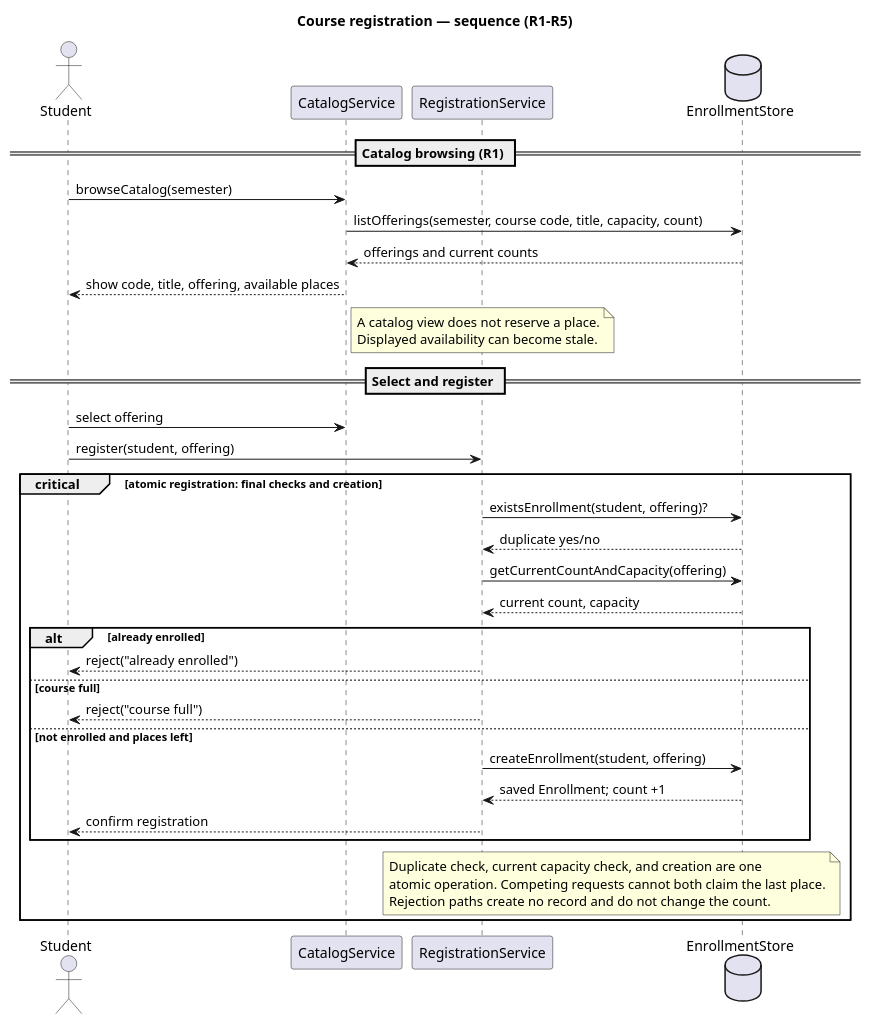
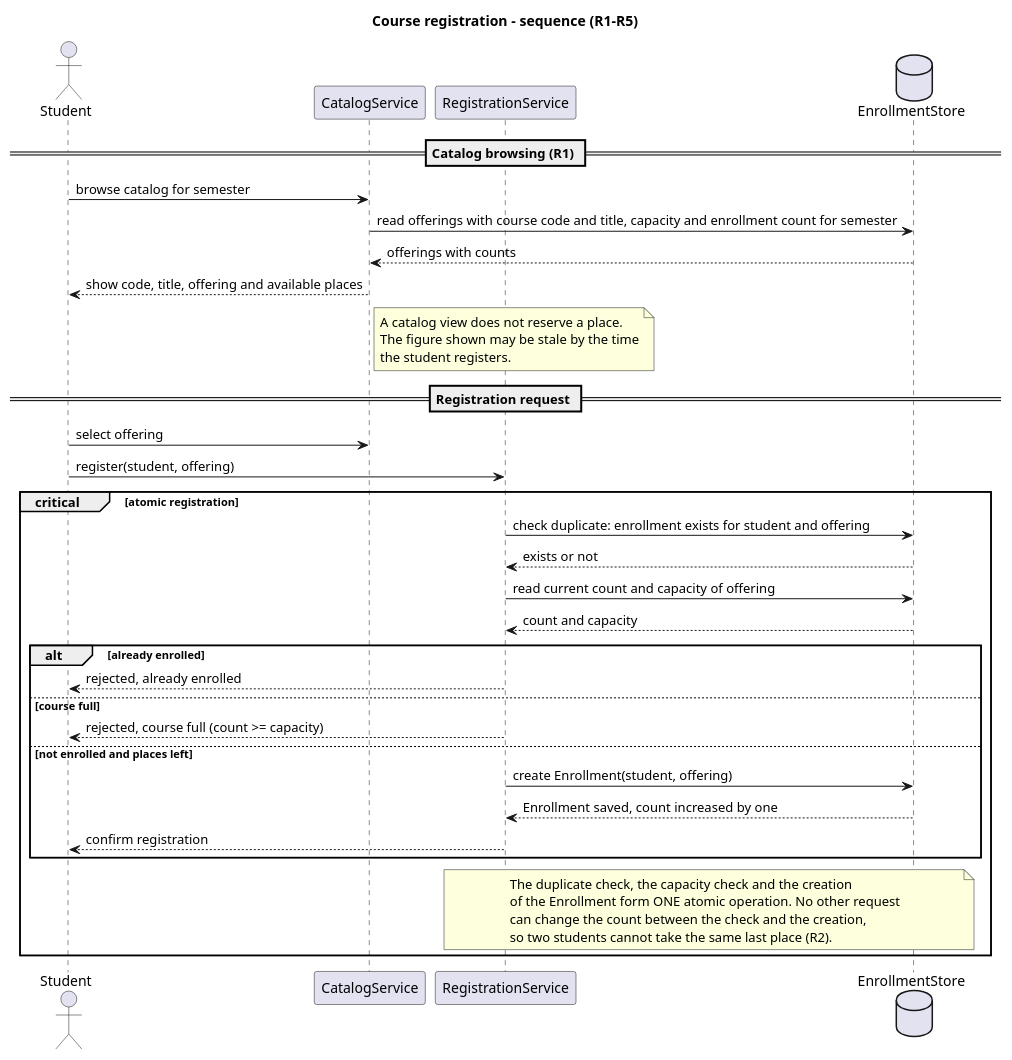
The diagram in sis-02/models/sequence.puml (Arseen04/se-practice), drawn with PlantUML before and after one commit. The commit also changed 1 other file, not shown here.

Commit message:
sis-02: update final UML diagrams

```diff
--- a/sis-02/models/sequence.puml
+++ b/sis-02/models/sequence.puml
@@ -1,43 +1,47 @@
 @startuml
-title Course registration — sequence (R1–R5)
+title Course registration - sequence (R1-R5)
+
 actor Student
 participant CatalogService
 participant RegistrationService
 database EnrollmentStore
 
 == Catalog browsing (R1) ==
-Student -> CatalogService : browseCatalog(semester)
-CatalogService -> EnrollmentStore : listOfferings(semester, course code, title, capacity, count)
-EnrollmentStore --> CatalogService : offerings and current counts
-CatalogService --> Student : show code, title, offering, available places
+Student -> CatalogService : browse catalog for semester
+CatalogService -> EnrollmentStore : read offerings with course code and title, capacity and enrollment count for semester
+EnrollmentStore --> CatalogService : offerings with counts
+CatalogService --> Student : show code, title, offering and available places
 note right of CatalogService
   A catalog view does not reserve a place.
-  Displayed availability can become stale.
+  The figure shown may be stale by the time
+  the student registers.
 end note
 
-== Select and register ==
+== Registration request ==
 Student -> CatalogService : select offering
 Student -> RegistrationService : register(student, offering)
 
-critical atomic registration: final checks and creation
-  RegistrationService -> EnrollmentStore : existsEnrollment(student, offering)?
-  EnrollmentStore --> RegistrationService : duplicate yes/no
-  RegistrationService -> EnrollmentStore : getCurrentCountAndCapacity(offering)
-  EnrollmentStore --> RegistrationService : current count, capacity
+critical atomic registration
+  RegistrationService -> EnrollmentStore : check duplicate: enrollment exists for student and offering
+  EnrollmentStore --> RegistrationService : exists or not
+  RegistrationService -> EnrollmentStore : read current count and capacity of offering
+  EnrollmentStore --> RegistrationService : count and capacity
 
   alt already enrolled
-    RegistrationService --> Student : reject("already enrolled")
+    RegistrationService --> Student : rejected, already enrolled
   else course full
-    RegistrationService --> Student : reject("course full")
+    RegistrationService --> Student : rejected, course full (count >= capacity)
   else not enrolled and places left
-    RegistrationService -> EnrollmentStore : createEnrollment(student, offering)
-    EnrollmentStore --> RegistrationService : saved Enrollment; count +1
+    RegistrationService -> EnrollmentStore : create Enrollment(student, offering)
+    EnrollmentStore --> RegistrationService : Enrollment saved, count increased by one
     RegistrationService --> Student : confirm registration
   end
+
   note over RegistrationService, EnrollmentStore
-    Duplicate check, current capacity check, and creation are one
-    atomic operation. Competing requests cannot both claim the last place.
-    Rejection paths create no record and do not change the count.
+    The duplicate check, the capacity check and the creation
+    of the Enrollment form ONE atomic operation. No other request
+    can change the count between the check and the creation,
+    so two students cannot take the same last place (R2).
   end note
 end
 @enduml
```
